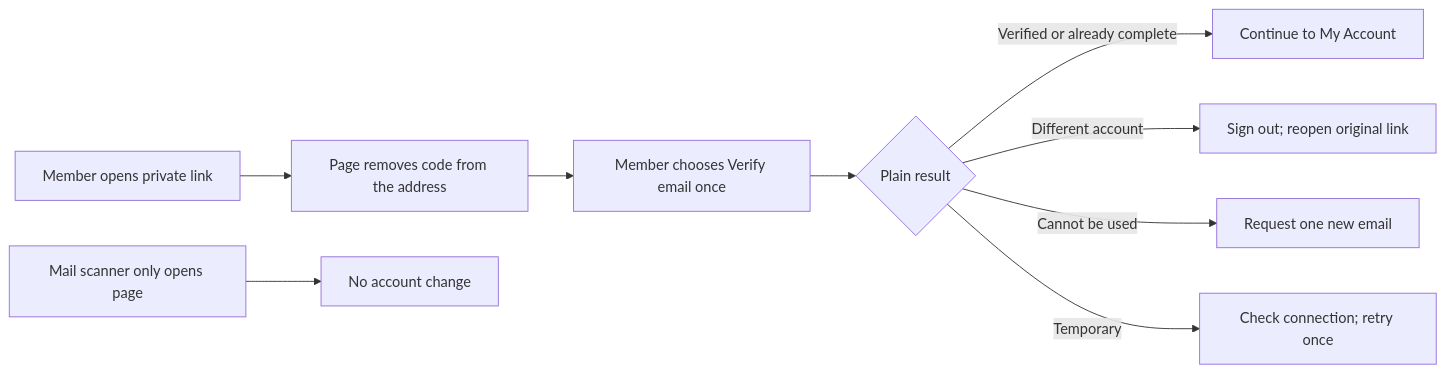
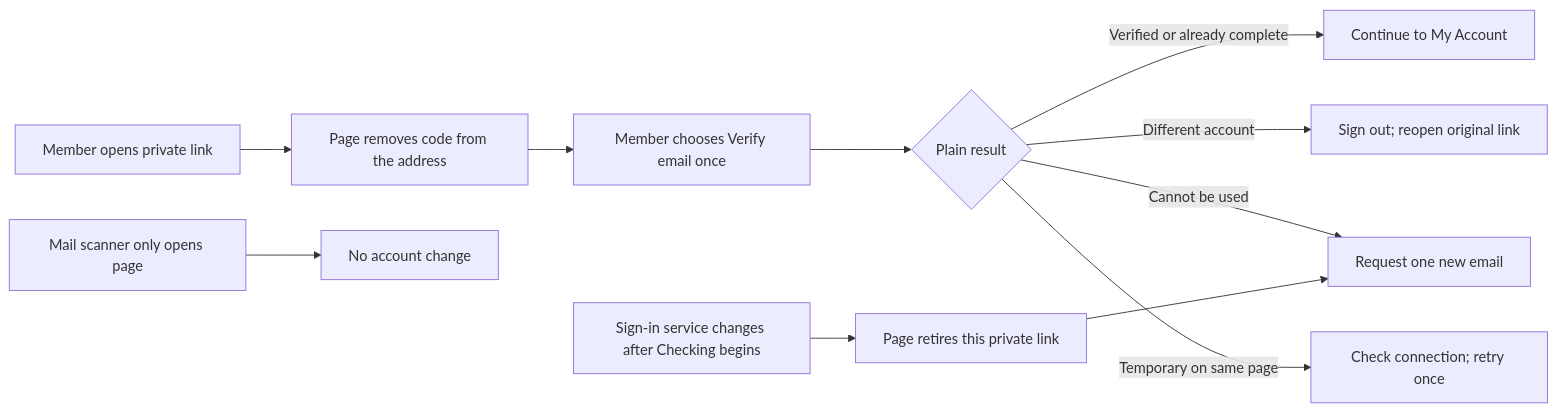
Before and after one commit to Run-MPRC/Run-MPRC.github.io: the third of 4 diagrams in docs/officers/EMERGENCY_AND_RECOVERY.md, drawn with Mermaid. The commit also changed other lines of this file and 2 other files, not shown here.

Commit message:
fix(auth): retire verification code across services (#619)

````diff
--- a/docs/officers/EMERGENCY_AND_RECOVERY.md
+++ b/docs/officers/EMERGENCY_AND_RECOVERY.md
@@ -177,11 +177,13 @@
 ```mermaid
 flowchart LR
     Open["Member opens private link"] --> Clean["Page removes code from the address"]
     Clean --> Choose["Member chooses Verify email once"]
     Scanner["Mail scanner only opens page"] --> NoChange["No account change"]
     Choose --> Result{"Plain result"}
     Result -- "Verified or already complete" --> Account["Continue to My Account"]
     Result -- "Different account" --> SignOut["Sign out; reopen original link"]
     Result -- "Cannot be used" --> New["Request one new email"]
-    Result -- "Temporary" --> Retry["Check connection; retry once"]
+    Result -- "Temporary on same page" --> Retry["Check connection; retry once"]
+    Context["Sign-in service changes after Checking begins"] --> Retire["Page retires this private link"]
+    Retire --> New
 ```
````
